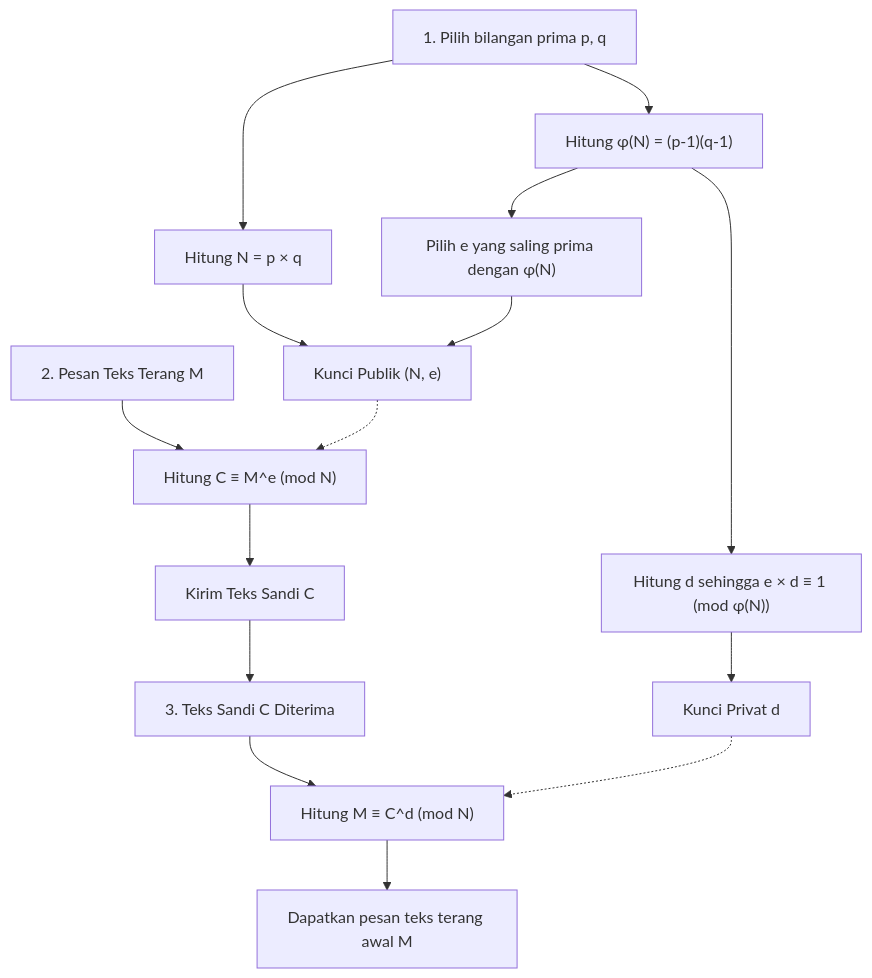
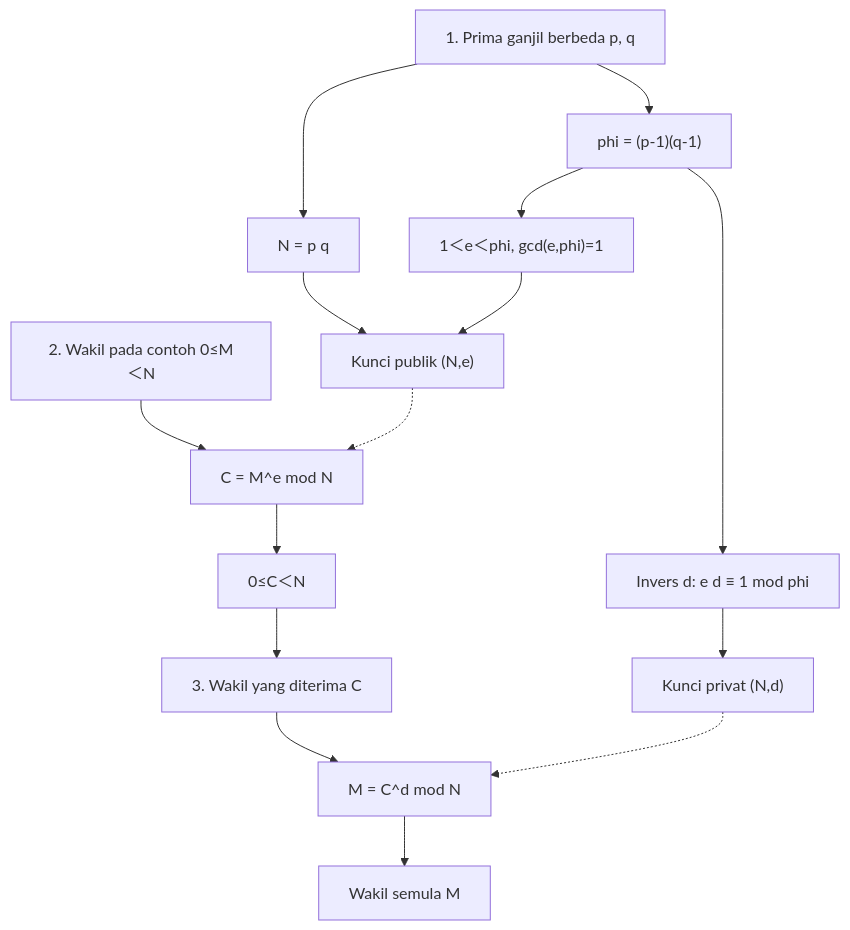
Before and after one commit to kenjinote/blog: the second of 3 diagrams in content/post/rsa暗号の仕組みを高校生でもわかるように説明する/index.id.md, drawn with Mermaid. The commit also changed other lines of this file and 5 other files, not shown here.

````diff
--- a/content/post/rsa暗号の仕組みを高校生でもわかるように説明する/index.id.md
+++ b/content/post/rsa暗号の仕組みを高校生でもわかるように説明する/index.id.md
@@ -164,19 +103,17 @@
 ```mermaid
 flowchart TD
-    A1["1. Pilih bilangan prima p, q"] --> A2["Hitung N = p × q"]
-    A1 --> A3["Hitung φ(N) = (p-1)(q-1)"]
-    A3 --> A4["Pilih e yang saling prima dengan φ(N)"]
-    A3 --> A5["Hitung d sehingga e × d ≡ 1 (mod φ(N))"]
-    A2 --> A6["Kunci Publik (N, e)"]
+    A1["1. Prima ganjil berbeda p, q"] --> A2["N = p q"]
+    A1 --> A3["phi = (p-1)(q-1)"]
+    A3 --> A4["1＜e＜phi, gcd(e,phi)=1"]
+    A3 --> A5["Invers d: e d ≡ 1 mod phi"]
+    A2 --> A6["Kunci publik (N,e)"]
     A4 --> A6
-    A5 --> A7["Kunci Privat d"]
-    
-    B1["2. Pesan Teks Terang M"] --> B2["Hitung C ≡ M^e (mod N)"]
+    A5 --> A7["Kunci privat (N,d)"]
+    B1["2. Wakil pada contoh 0≤M＜N"] --> B2["C = M^e mod N"]
     A6 -.-> B2
-    B2 --> B3["Kirim Teks Sandi C"]
-    
-    B3 --> C1["3. Teks Sandi C Diterima"]
-    C1 --> C2["Hitung M ≡ C^d (mod N)"]
+    B2 --> B3["0≤C＜N"]
+    B3 --> C1["3. Wakil yang diterima C"]
+    C1 --> C2["M = C^d mod N"]
     A7 -.-> C2
-    C2 --> C3["Dapatkan pesan teks terang awal M"]
+    C2 --> C3["Wakil semula M"]
 ```
````
